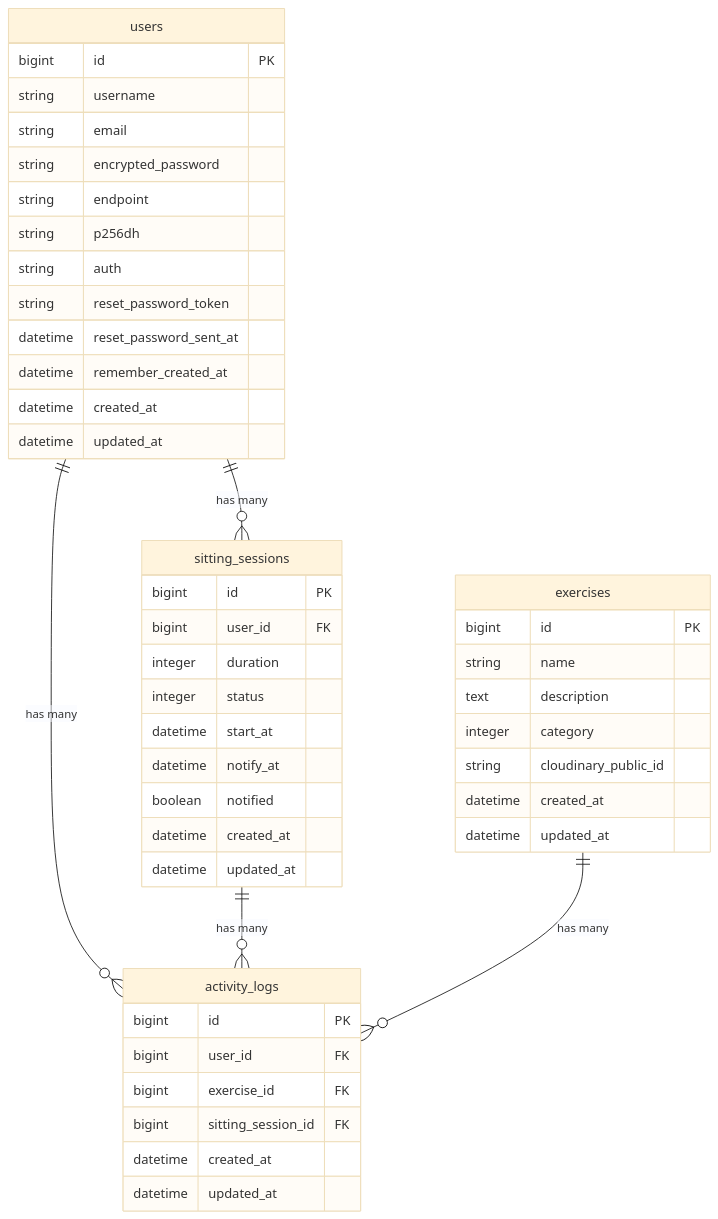
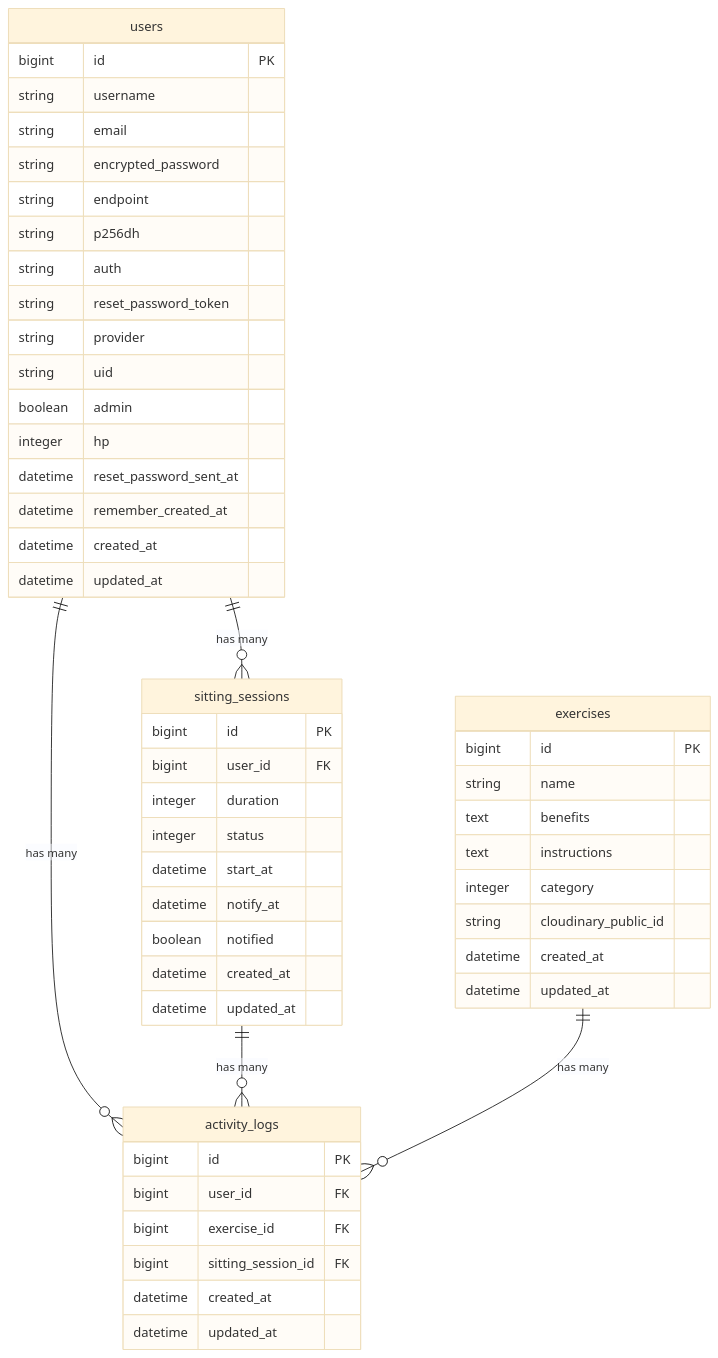
Before and after one commit to git-kaz/istanding: the diagram in README.md, drawn with Mermaid (base theme).

````diff
--- a/README.md
+++ b/README.md
@@ -160,53 +160,58 @@
 ```mermaid
 erDiagram
     users {
         bigint id PK
         string username
         string email
         string encrypted_password
         string endpoint
         string p256dh
         string auth
         string reset_password_token
+        string provider
+        string uid
+        boolean admin
+        integer hp
         datetime reset_password_sent_at
         datetime remember_created_at
         datetime created_at
         datetime updated_at
     }
 
     sitting_sessions {
         bigint id PK
         bigint user_id FK
         integer duration
         integer status
         datetime start_at
         datetime notify_at
         boolean notified
         datetime created_at
         datetime updated_at
     }
 
     exercises {
         bigint id PK
         string name
-        text description
+        text benefits
+        text instructions
         integer category
         string cloudinary_public_id
         datetime created_at
         datetime updated_at
     }
 
     activity_logs {
         bigint id PK
         bigint user_id FK
         bigint exercise_id FK
         bigint sitting_session_id FK
         datetime created_at
         datetime updated_at
     }
 
     users ||--o{ sitting_sessions : "has many"
     users ||--o{ activity_logs : "has many"
     sitting_sessions ||--o{ activity_logs : "has many"
     exercises ||--o{ activity_logs : "has many"
 ```
````
